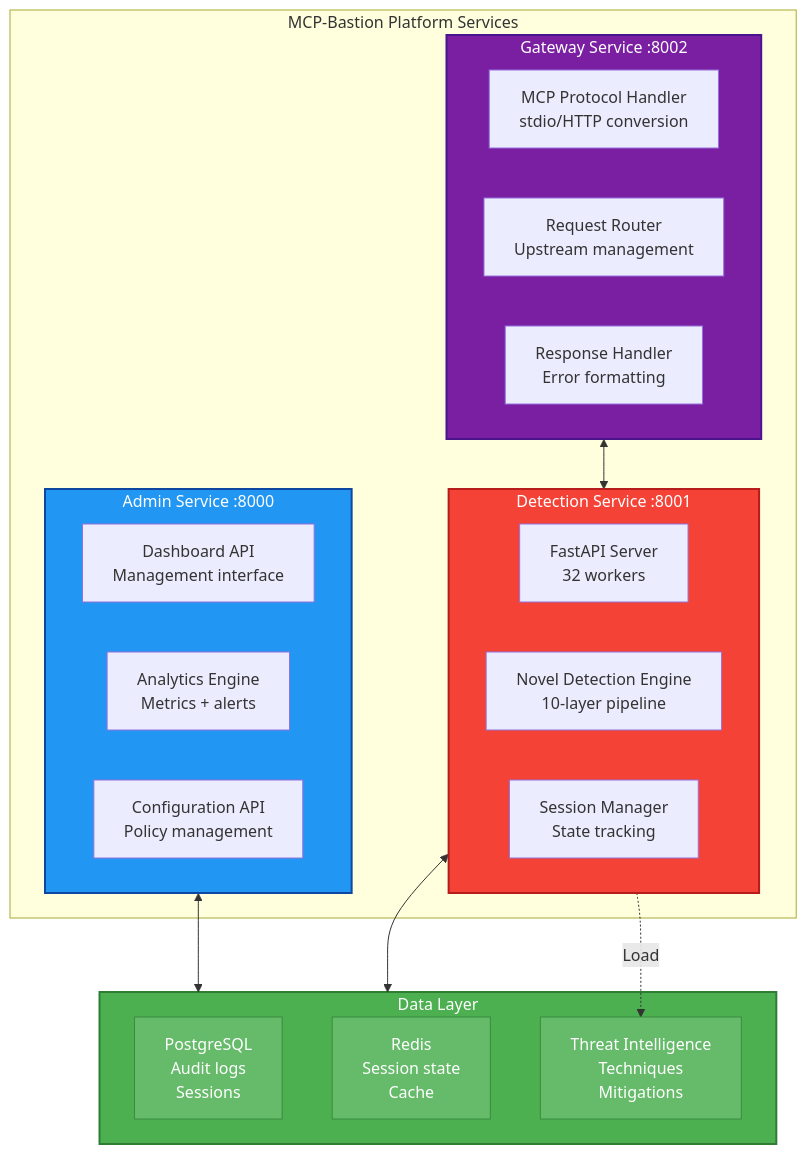
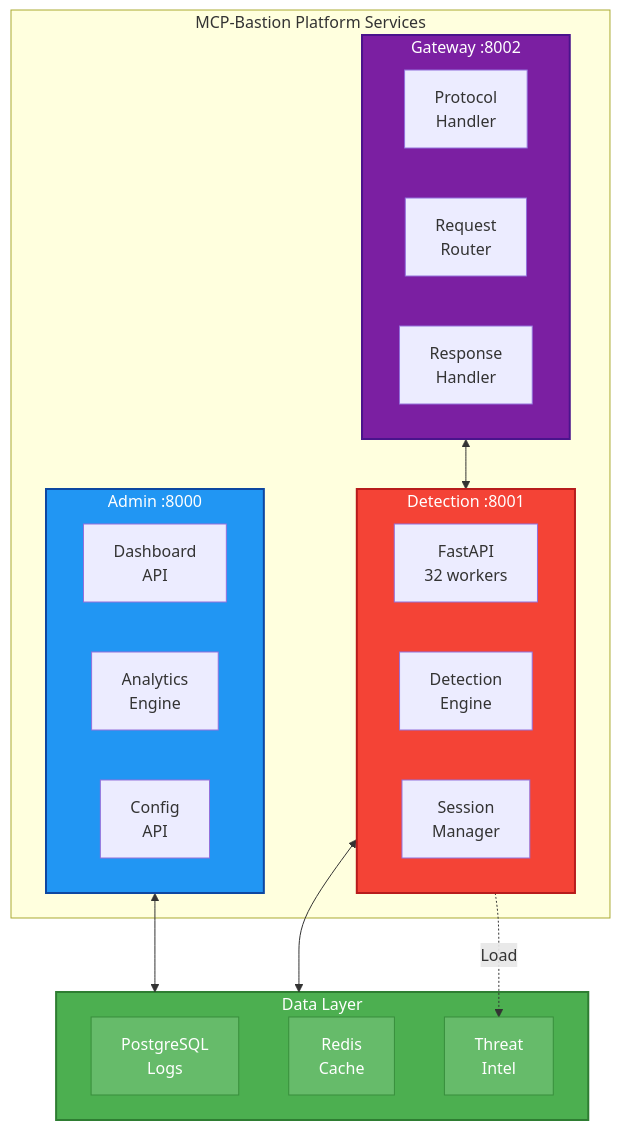
Before and after one commit to safe-mcp-platform/safe-mcp-platform: the fifth of 6 diagrams in ARCHITECTURE.md, drawn with Mermaid. The commit also changed other lines of this file, not shown here.

Commit message:
Fix diagram text overlaps - make labels concise and clean

````diff
--- a/ARCHITECTURE.md
+++ b/ARCHITECTURE.md
@@ -417,41 +417,41 @@
 ```mermaid
 graph TB
     subgraph SERVICES["MCP-Bastion Platform Services"]
-        subgraph GATEWAY_SERVICE["Gateway Service :8002"]
-            GW1["MCP Protocol Handler<br/>stdio/HTTP conversion"]
-            GW2["Request Router<br/>Upstream management"]
-            GW3["Response Handler<br/>Error formatting"]
+        subgraph GATEWAY_SERVICE["Gateway :8002"]
+            GW1["Protocol<br/>Handler"]
+            GW2["Request<br/>Router"]
+            GW3["Response<br/>Handler"]
         end
         
-        subgraph DETECTION_SERVICE["Detection Service :8001"]
-            DET1["FastAPI Server<br/>32 workers"]
-            DET2["Novel Detection Engine<br/>10-layer pipeline"]
-            DET3["Session Manager<br/>State tracking"]
+        subgraph DETECTION_SERVICE["Detection :8001"]
+            DET1["FastAPI<br/>32 workers"]
+            DET2["Detection<br/>Engine"]
+            DET3["Session<br/>Manager"]
         end
         
-        subgraph ADMIN_SERVICE["Admin Service :8000"]
-            ADM1["Dashboard API<br/>Management interface"]
-            ADM2["Analytics Engine<br/>Metrics + alerts"]
-            ADM3["Configuration API<br/>Policy management"]
+        subgraph ADMIN_SERVICE["Admin :8000"]
+            ADM1["Dashboard<br/>API"]
+            ADM2["Analytics<br/>Engine"]
+            ADM3["Config<br/>API"]
         end
     end
     
     subgraph DATA["Data Layer"]
-        DB["PostgreSQL<br/>Audit logs<br/>Sessions"]
-        REDIS["Redis<br/>Session state<br/>Cache"]
-        INTEL["Threat Intelligence<br/>Techniques<br/>Mitigations"]
+        DB["PostgreSQL<br/>Logs"]
+        REDIS["Redis<br/>Cache"]
+        INTEL["Threat<br/>Intel"]
     end
     
     GATEWAY_SERVICE <--> DETECTION_SERVICE
     DETECTION_SERVICE <--> DATA
     ADMIN_SERVICE <--> DATA
     DETECTION_SERVICE -.->|"Load"| INTEL
     
     style GATEWAY_SERVICE fill:#7b1fa2,color:#fff,stroke:#4a148c,stroke-width:2px
     style DETECTION_SERVICE fill:#f44336,color:#fff,stroke:#b71c1c,stroke-width:2px
     style ADMIN_SERVICE fill:#2196f3,color:#fff,stroke:#0d47a1,stroke-width:2px
     style DATA fill:#4caf50,color:#fff,stroke:#2e7d32,stroke-width:2px
     style DB fill:#66bb6a,color:#fff,stroke:#388e3c,stroke-width:1px
     style REDIS fill:#66bb6a,color:#fff,stroke:#388e3c,stroke-width:1px
     style INTEL fill:#66bb6a,color:#fff,stroke:#388e3c,stroke-width:1px
 ```
````
